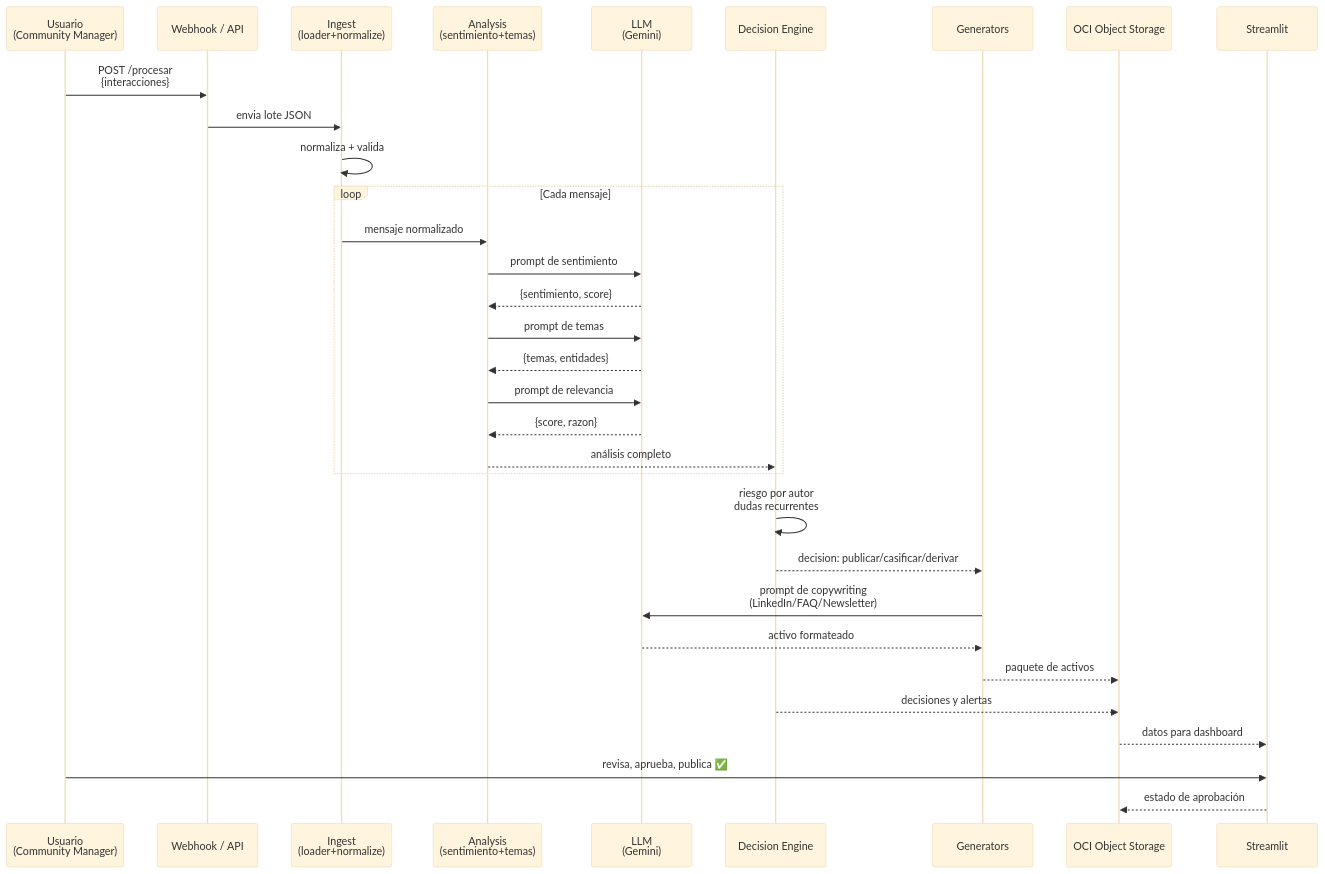
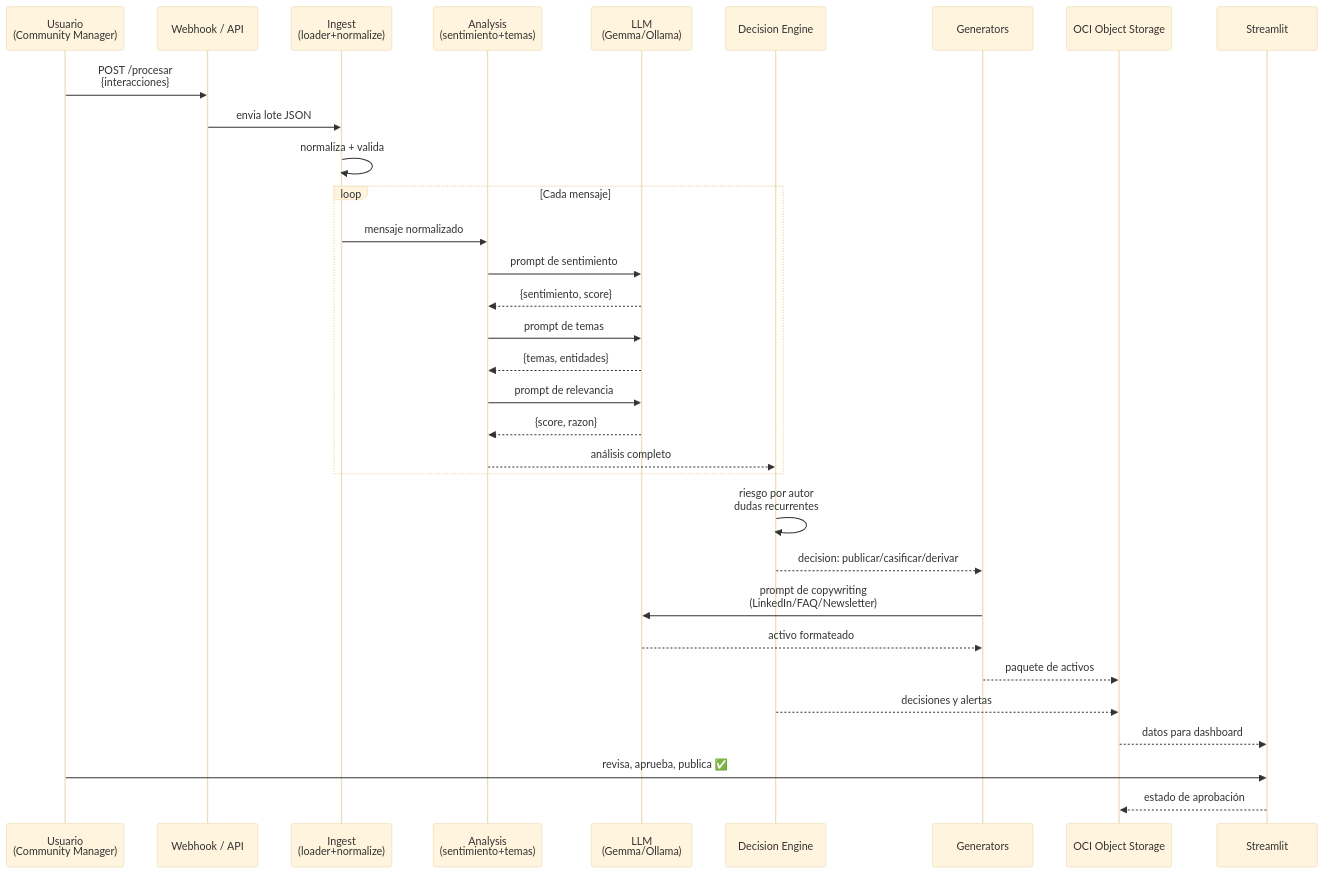
One commit to No-Country-simulation/G10-Latam-Equipo24-CommunityLab changed the third of 5 diagrams in docs/arquitectura.md. Above: the diagram before and after it, drawn with Mermaid (base theme). The commit also changed other lines of this file and 1 other file, not shown here.

First line of the commit message:
docs: align LLM provider references to Gemma (Ollama), Gemini as fallback

````diff
--- a/docs/arquitectura.md
+++ b/docs/arquitectura.md
@@ -191,38 +191,38 @@
 ```mermaid
 sequenceDiagram
     participant U as Usuario<br/>(Community Manager)
     participant API as Webhook / API
     participant ING as Ingest<br/>(loader+normalize)
     participant ANL as Analysis<br/>(sentimiento+temas)
-    participant LLM as LLM<br/>(Gemini)
+    participant LLM as LLM<br/>(Gemma/Ollama)
     participant DEC as Decision Engine
     participant GEN as Generators
     participant OCI as OCI Object Storage
     participant UI as Streamlit
 
     U->>API: POST /procesar<br/>{interacciones}
     API->>ING: envia lote JSON
     ING->>ING: normaliza + valida
     
     loop Cada mensaje
         ING->>ANL: mensaje normalizado
         ANL->>LLM: prompt de sentimiento
         LLM-->>ANL: {sentimiento, score}
         ANL->>LLM: prompt de temas
         LLM-->>ANL: {temas, entidades}
         ANL->>LLM: prompt de relevancia
         LLM-->>ANL: {score, razon}
         ANL-->>DEC: análisis completo
     end
 
     DEC->>DEC: riesgo por autor<br/>dudas recurrentes
     DEC-->>GEN: decision: publicar/casificar/derivar
     GEN->>LLM: prompt de copywriting<br/>(LinkedIn/FAQ/Newsletter)
     LLM-->>GEN: activo formateado
     GEN-->>OCI: paquete de activos
     DEC-->>OCI: decisiones y alertas
 
     OCI-->>UI: datos para dashboard
     U->>UI: revisa, aprueba, publica ✅
     UI-->>OCI: estado de aprobación
 ```
````
